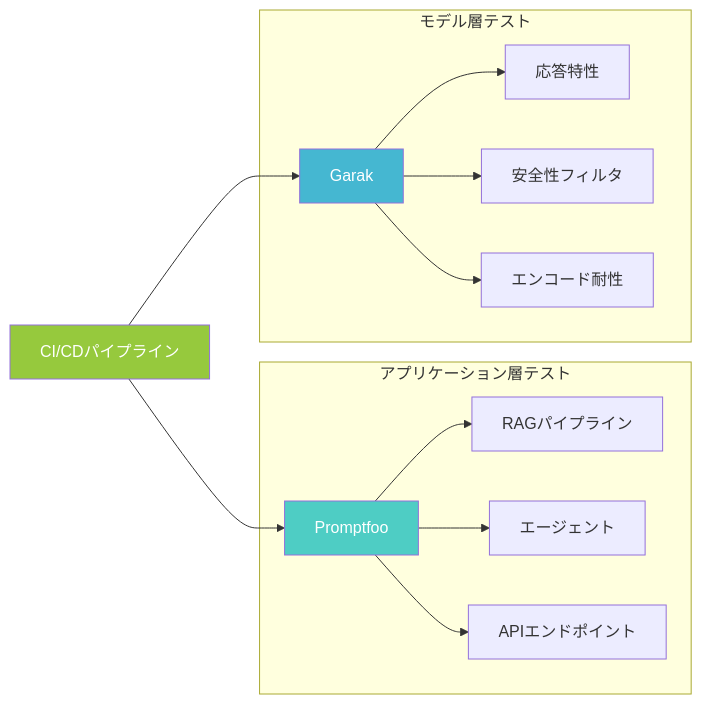
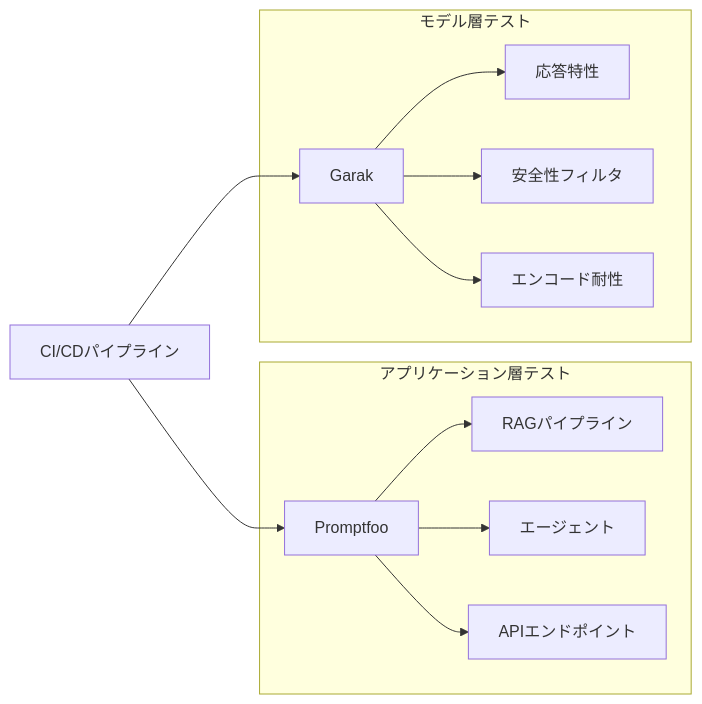
The second of 3 diagrams in articles/4d161bc6646df4.md (0h-n0/zenn-contents), drawn with Mermaid before and after one commit. The commit also changed other lines of this file and 13 other files, not shown here.

First line of the commit message:
fix: Mermaidダイアグラムのカスタムスタイル(fill/stroke/color)を削除

````diff
--- a/articles/4d161bc6646df4.md
+++ b/articles/4d161bc6646df4.md
@@ -221,19 +218,16 @@
 ```mermaid
 graph LR
     subgraph "アプリケーション層テスト"
         A[Promptfoo] --> B[RAGパイプライン]
         A --> C[エージェント]
         A --> D[APIエンドポイント]
     end
     subgraph "モデル層テスト"
         E[Garak] --> F[応答特性]
         E --> G[安全性フィルタ]
         E --> H[エンコード耐性]
     end
     I[CI/CDパイプライン] --> A
     I --> E
 
-    style A fill:#4ecdc4,color:#fff
-    style E fill:#45b7d1,color:#fff
-    style I fill:#96c93d,color:#fff
 ```
````
